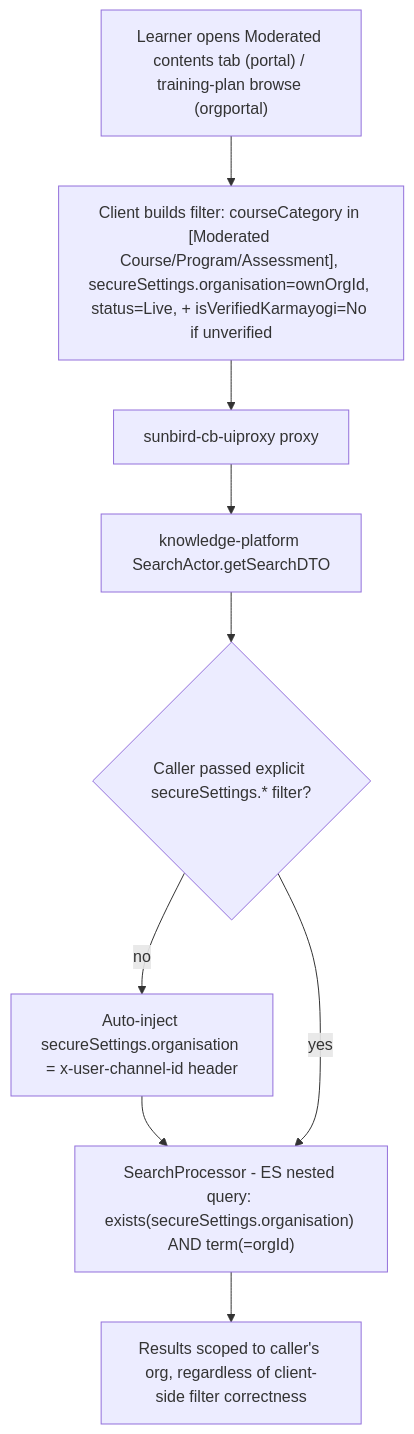
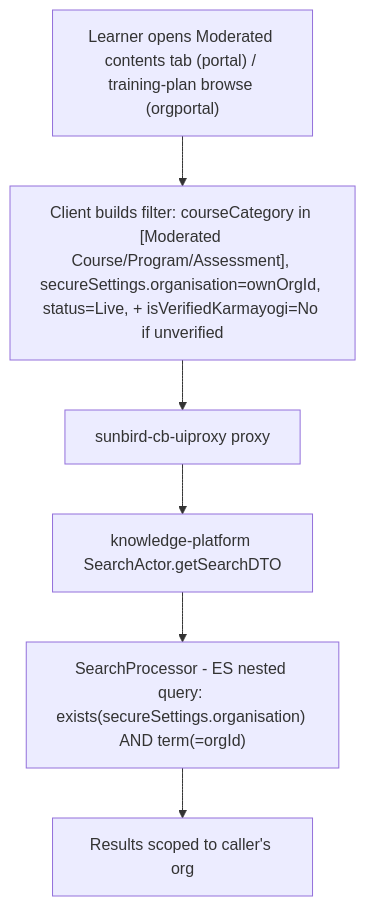
The third of 5 diagrams in docs/learning-hub/moderated-content/lld.md (KB-iGOT/igot-docs), drawn with Mermaid before and after one commit. The commit also changed other lines of this file and 23 other files, not shown here.

````diff
--- a/docs/learning-hub/moderated-content/lld.md
+++ b/docs/learning-hub/moderated-content/lld.md
@@ -64,16 +64,12 @@
 ```mermaid
 flowchart TD
     Req["Learner opens Moderated contents tab (portal) / training-plan browse (orgportal)"]
     Filt["Client builds filter: courseCategory in [Moderated Course/Program/Assessment], secureSettings.organisation=ownOrgId, status=Live, + isVerifiedKarmayogi=No if unverified"]
     GW["sunbird-cb-uiproxy proxy"]
     SA["knowledge-platform SearchActor.getSearchDTO"]
-    Ctx{"Caller passed explicit secureSettings.* filter?"}
-    Auto["Auto-inject secureSettings.organisation = x-user-channel-id header"]
     SP["SearchProcessor - ES nested query: exists(secureSettings.organisation) AND term(=orgId)"]
-    Res["Results scoped to caller's org, regardless of client-side filter correctness"]
+    Res["Results scoped to caller's org"]
 
-    Req --> Filt --> GW --> SA --> Ctx
-    Ctx -- no --> Auto --> SP
-    Ctx -- yes --> SP
+    Req --> Filt --> GW --> SA --> SP
     SP --> Res
 ```
````
